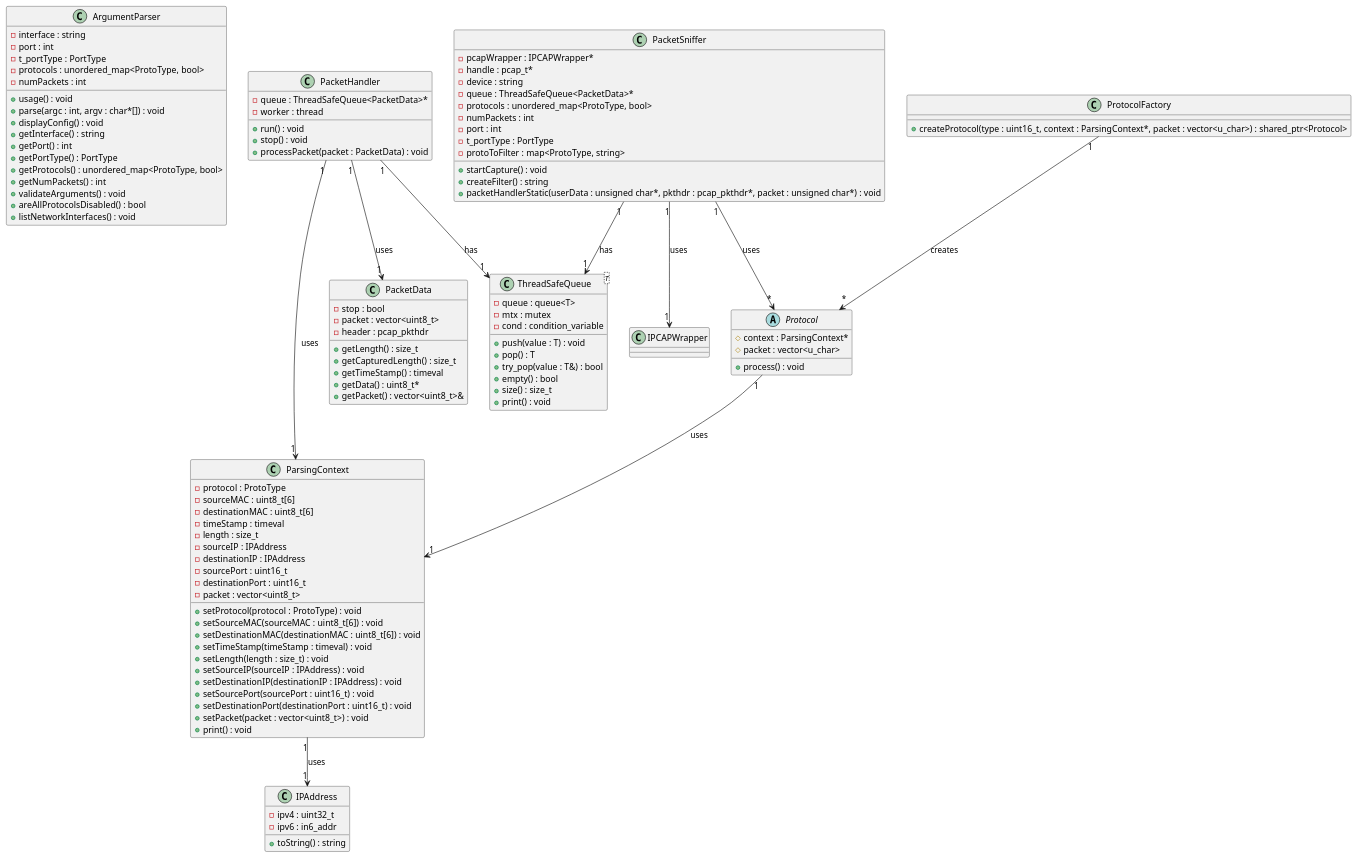
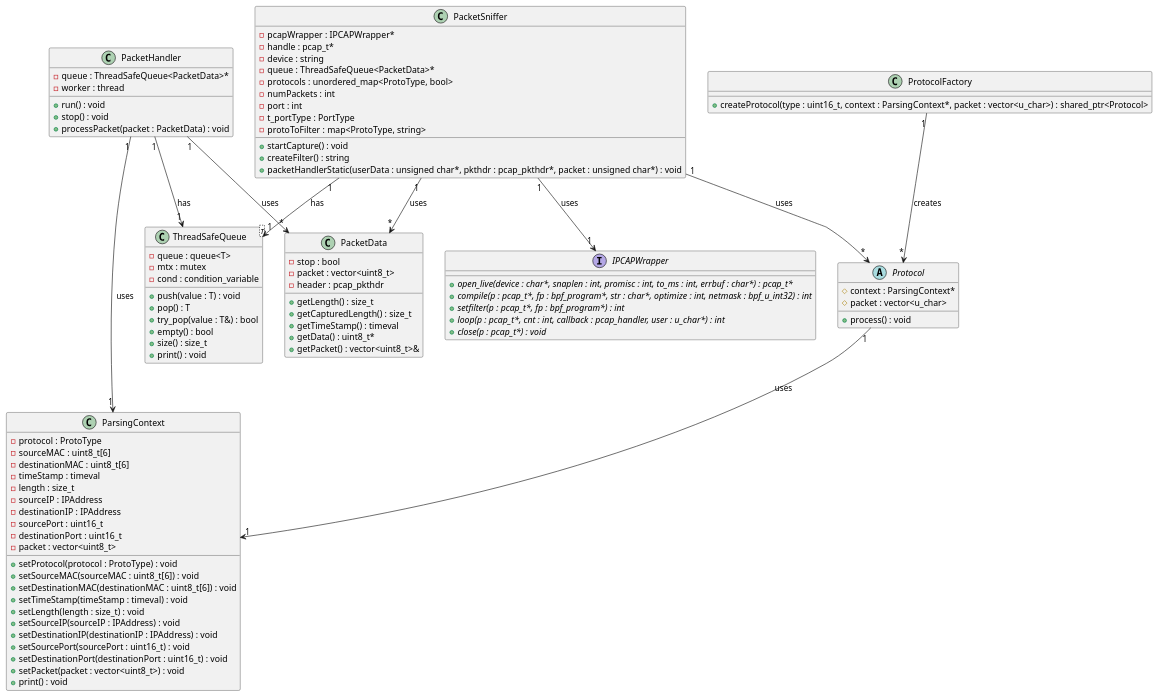
The diagram in utils/class-diagram.puml (jakubvsetecka/packet-sniffer), drawn with PlantUML before and after one commit. The commit also changed 1 other file, not shown here.

Commit message:
docs: :memo: Add UML class diagram for ArgumentParser class

```diff
--- a/utils/class-diagram.puml
+++ b/utils/class-diagram.puml
@@ -1,116 +1,99 @@
 @startuml class
-class ArgumentParser {
-    - interface : string
-    - port : int
-    - t_portType : PortType
-    - protocols : unordered_map<ProtoType, bool>
-    - numPackets : int
-    + usage() : void
-    + parse(argc : int, argv : char*[]) : void
-    + displayConfig() : void
-    + getInterface() : string
-    + getPort() : int
-    + getPortType() : PortType
-    + getProtocols() : unordered_map<ProtoType, bool>
-    + getNumPackets() : int
-    + validateArguments() : void
-    + areAllProtocolsDisabled() : bool
-    + listNetworkInterfaces() : void
-}
-
-class IPAddress {
-    - ipv4 : uint32_t
-    - ipv6 : in6_addr
-    + toString() : string
-}
-
 class PacketData {
     - stop : bool
     - packet : vector<uint8_t>
     - header : pcap_pkthdr
     + getLength() : size_t
     + getCapturedLength() : size_t
     + getTimeStamp() : timeval
     + getData() : uint8_t*
     + getPacket() : vector<uint8_t>&
 }
 
 class PacketHandler {
     - queue : ThreadSafeQueue<PacketData>*
     - worker : thread
     + run() : void
     + stop() : void
     + processPacket(packet : PacketData) : void
 }
 
 class PacketSniffer {
     - pcapWrapper : IPCAPWrapper*
     - handle : pcap_t*
     - device : string
     - queue : ThreadSafeQueue<PacketData>*
     - protocols : unordered_map<ProtoType, bool>
     - numPackets : int
     - port : int
     - t_portType : PortType
     - protoToFilter : map<ProtoType, string>
     + startCapture() : void
     + createFilter() : string
     + packetHandlerStatic(userData : unsigned char*, pkthdr : pcap_pkthdr*, packet : unsigned char*) : void
 }
 
 class ParsingContext {
     - protocol : ProtoType
     - sourceMAC : uint8_t[6]
     - destinationMAC : uint8_t[6]
     - timeStamp : timeval
     - length : size_t
     - sourceIP : IPAddress
     - destinationIP : IPAddress
     - sourcePort : uint16_t
     - destinationPort : uint16_t
     - packet : vector<uint8_t>
     + setProtocol(protocol : ProtoType) : void
     + setSourceMAC(sourceMAC : uint8_t[6]) : void
     + setDestinationMAC(destinationMAC : uint8_t[6]) : void
     + setTimeStamp(timeStamp : timeval) : void
     + setLength(length : size_t) : void
     + setSourceIP(sourceIP : IPAddress) : void
     + setDestinationIP(destinationIP : IPAddress) : void
     + setSourcePort(sourcePort : uint16_t) : void
     + setDestinationPort(destinationPort : uint16_t) : void
     + setPacket(packet : vector<uint8_t>) : void
     + print() : void
 }
 
 abstract class Protocol {
     # context : ParsingContext*
     # packet : vector<u_char>
     + process() : void
 }
 
 class ProtocolFactory {
     + createProtocol(type : uint16_t, context : ParsingContext*, packet : vector<u_char>) : shared_ptr<Protocol>
 }
 
 class ThreadSafeQueue<T> {
     - queue : queue<T>
     - mtx : mutex
     - cond : condition_variable
     + push(value : T) : void
     + pop() : T
     + try_pop(value : T&) : bool
     + empty() : bool
     + size() : size_t
     + print() : void
 }
 
+interface IPCAPWrapper {
+    + {abstract} open_live(device : char*, snaplen : int, promisc : int, to_ms : int, errbuf : char*) : pcap_t*
+    + {abstract} compile(p : pcap_t*, fp : bpf_program*, str : char*, optimize : int, netmask : bpf_u_int32) : int
+    + {abstract} setfilter(p : pcap_t*, fp : bpf_program*) : int
+    + {abstract} loop(p : pcap_t*, cnt : int, callback : pcap_handler, user : u_char*) : int
+    + {abstract} close(p : pcap_t*) : void
+}
+
 PacketSniffer "1" --> "1" IPCAPWrapper : uses
 PacketSniffer "1" --> "1" ThreadSafeQueue : has
 PacketSniffer "1" --> "*" Protocol : uses
 PacketHandler "1" --> "1" ThreadSafeQueue : has
-PacketHandler "1" --> "1" PacketData : uses
+PacketHandler "1" --> "*" PacketData : uses
+PacketSniffer "1" --> "*" PacketData : uses
 PacketHandler "1" --> "1" ParsingContext : uses
 Protocol "1" --> "1" ParsingContext : uses
-ParsingContext "1" --> "1" IPAddress : uses
 ProtocolFactory "1" --> "*" Protocol : creates
 @enduml
```
